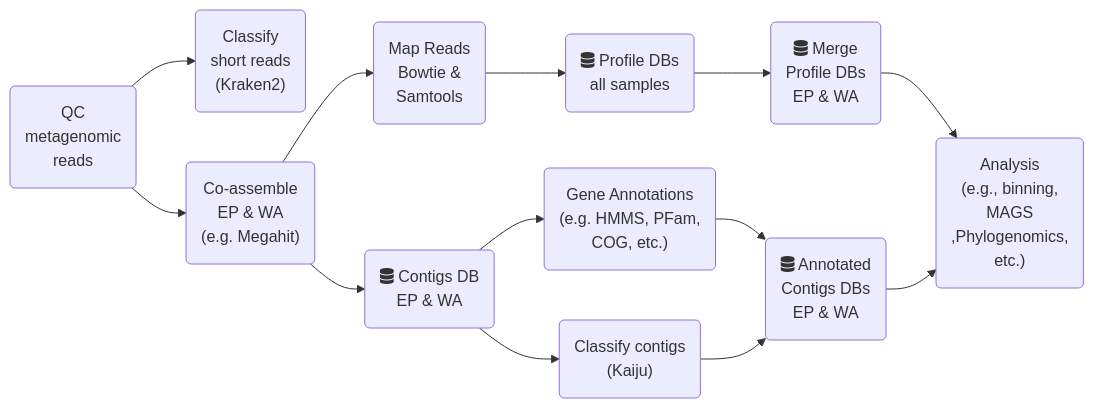
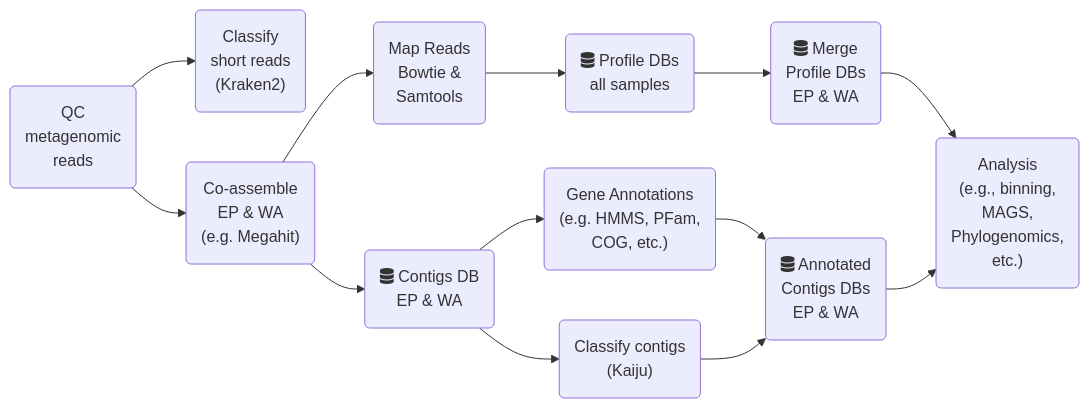
One commit to istmobiome/trans-shrimp changed the diagram in docs/mg-workflows/assembly/include/_mg_flowchart_1.qmd. Above: the diagram before and after it, drawn with Mermaid. The commit also changed 40 other files, not shown here.

````diff
--- a/docs/mg-workflows/assembly/include/_mg_flowchart_1.qmd
+++ b/docs/mg-workflows/assembly/include/_mg_flowchart_1.qmd
@@ -1,15 +1,15 @@
 ```{mermaid}
 flowchart LR
   A(QC <br/>metagenomic <br/>reads) --> B("Classify <br/>short reads <br/> (Kraken2)")
   A --> C("Co-assemble <br/> EP & WA<br/> (e.g. Megahit)")
   C --> D(Map Reads<br/>Bowtie & <br/>Samtools)
   C --> E(fa:fa-database Contigs DB <br/> EP & WA)
   D --> F(fa:fa-database Profile DBs<br/> all samples)
-  E --> G("Gene Annotations <br/> (e.g. HMMS, PFam, <br/>COG, etc.)")
+  E --> G("Gene Annotations <br/> (e.g. HMMS, PFam,<br/>COG, etc.)")
   E --> H("Classify contigs <br/> (Kaiju)")
   F --> I(fa:fa-database Merge  <br/> Profile DBs <br/> EP & WA)
   G --> J(fa:fa-database Annotated <br/>Contigs DBs <br/> EP & WA)
   H --> J
   I --> K
-  J --> K("Analysis <br/> (e.g., binning,<br/>MAGS<br/>,Phylogenomics,<br/>etc.)")
+  J --> K("Analysis <br/> (e.g., binning,<br/>MAGS,<br/>Phylogenomics,<br/>etc.)")
 ```
````
